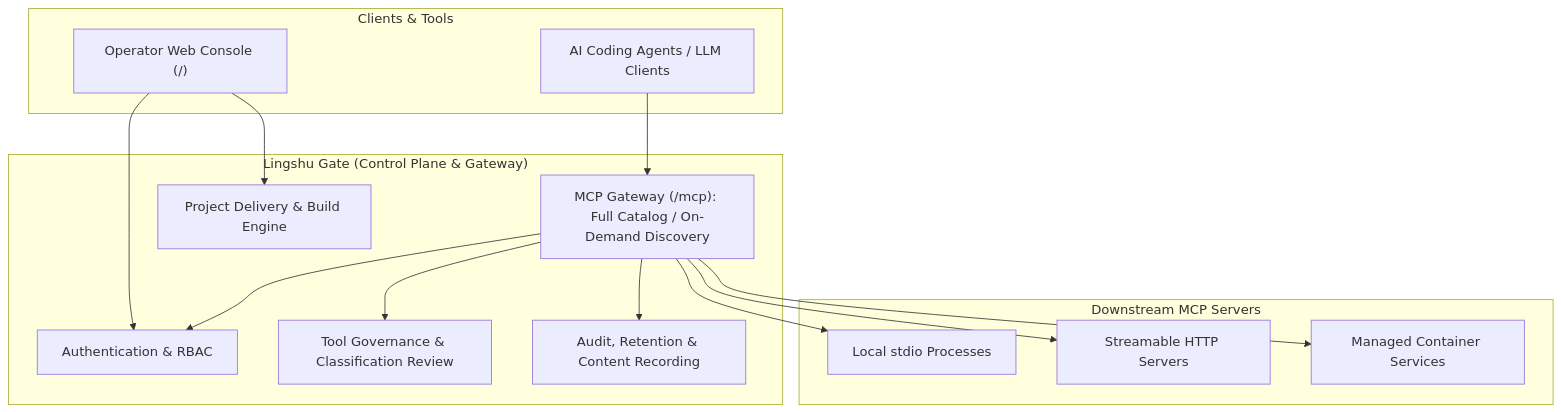
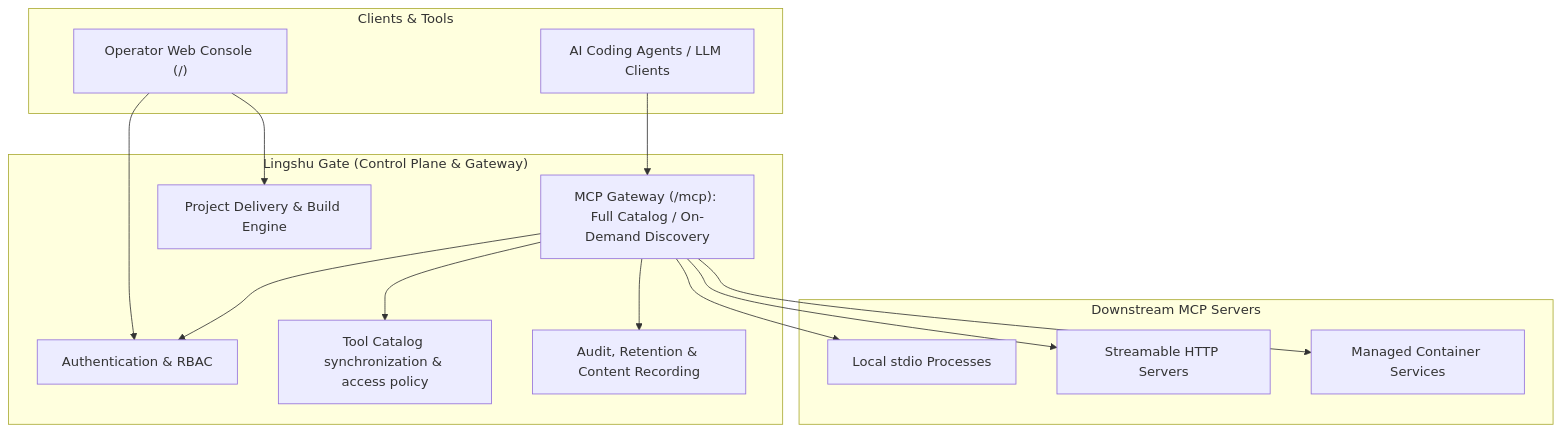
The diagram in README.md (zhigege666/Lingshu-Gate), drawn with Mermaid before and after one commit. The commit also changed other lines of this file and 258 other files, not shown here.

````diff
--- a/README.md
+++ b/README.md
@@ -78,31 +78,31 @@
 ```mermaid
 flowchart TB
     subgraph Clients["Clients & Tools"]
         AI["AI Coding Agents / LLM Clients"]
         Console["Operator Web Console (/)"]
     end
 
     subgraph Gate["Lingshu Gate (Control Plane & Gateway)"]
         Gateway["MCP Gateway (/mcp): Full Catalog / On-Demand Discovery"]
         Auth["Authentication & RBAC"]
-        Gov["Tool Governance & Classification Review"]
+        Gov["Tool Catalog synchronization & access policy"]
         Delivery["Project Delivery & Build Engine"]
         Audit["Audit, Retention & Content Recording"]
     end
 
     subgraph Downstream["Downstream MCP Servers"]
         Stdio["Local stdio Processes"]
         HTTP["Streamable HTTP Servers"]
         Container["Managed Container Services"]
     end
 
     AI --> Gateway
     Console --> Auth
     Console --> Delivery
     Gateway --> Auth
     Gateway --> Gov
     Gateway --> Audit
     Gateway --> Stdio
     Gateway --> HTTP
     Gateway --> Container
 ```
````
